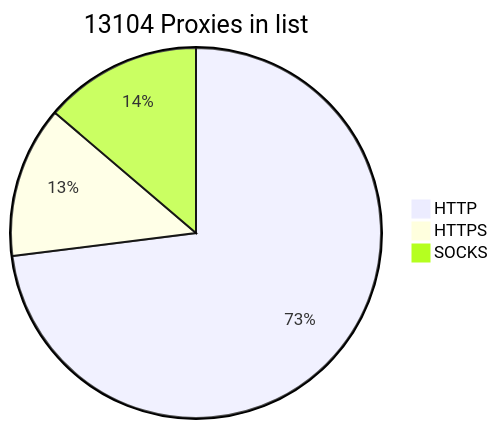
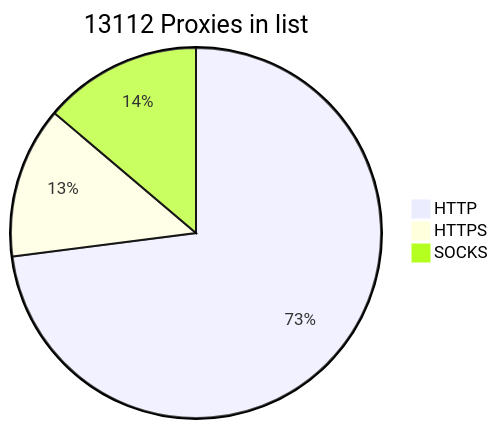
One commit to BlackSnowDot/proxylist-update-every-minute changed the diagram in README.md. Above: the diagram before and after it, drawn with Mermaid. The commit also changed other lines of this file, not shown here.

````diff
--- a/README.md
+++ b/README.md
@@ -2,6 +2,6 @@
 ```mermaid
-pie title 13104 Proxies in list
+pie title 13112 Proxies in list
     "HTTP" : 9832
     "HTTPS": 1781
-    "SOCKS" : 1853
+    "SOCKS" : 1861
 ```
````
